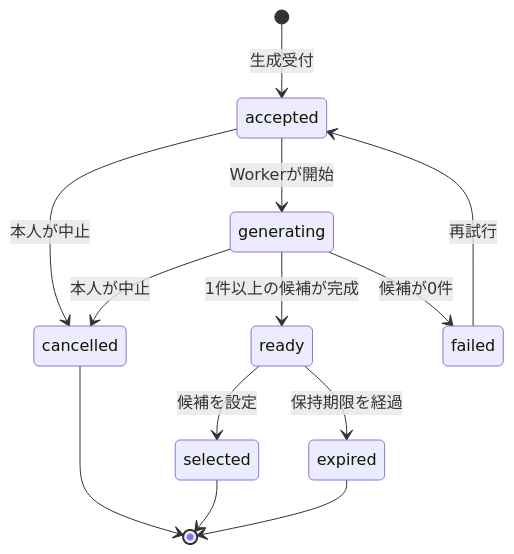
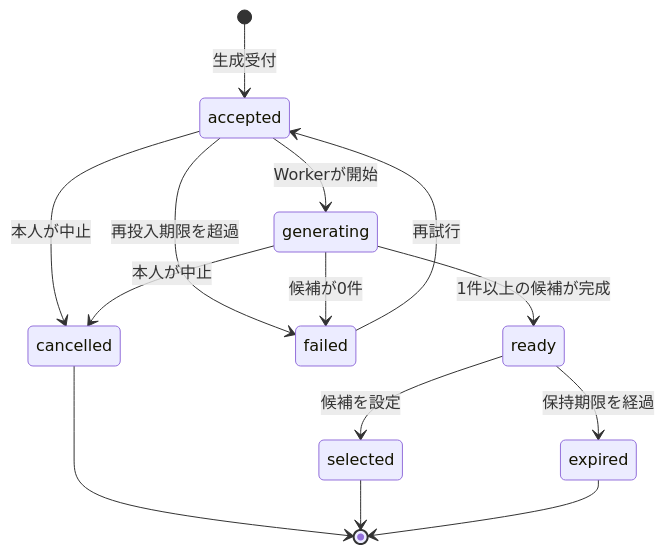
Before and after one commit to kkyosuke/me-builder: the third of 4 diagrams in docs/product/avatar-experience.md, drawn with Mermaid. The commit also changed other lines of this file, not shown here.

````diff
--- a/docs/product/avatar-experience.md
+++ b/docs/product/avatar-experience.md
@@ -187,15 +199,16 @@
 ```mermaid
 stateDiagram-v2
     [*] --> accepted: 生成受付
     accepted --> generating: Workerが開始
     accepted --> cancelled: 本人が中止
+    accepted --> failed: 再投入期限を超過
     generating --> ready: 1件以上の候補が完成
     generating --> failed: 候補が0件
     generating --> cancelled: 本人が中止
     failed --> accepted: 再試行
     ready --> selected: 候補を設定
     ready --> expired: 保持期限を経過
     cancelled --> [*]
     selected --> [*]
     expired --> [*]
 ```
````
